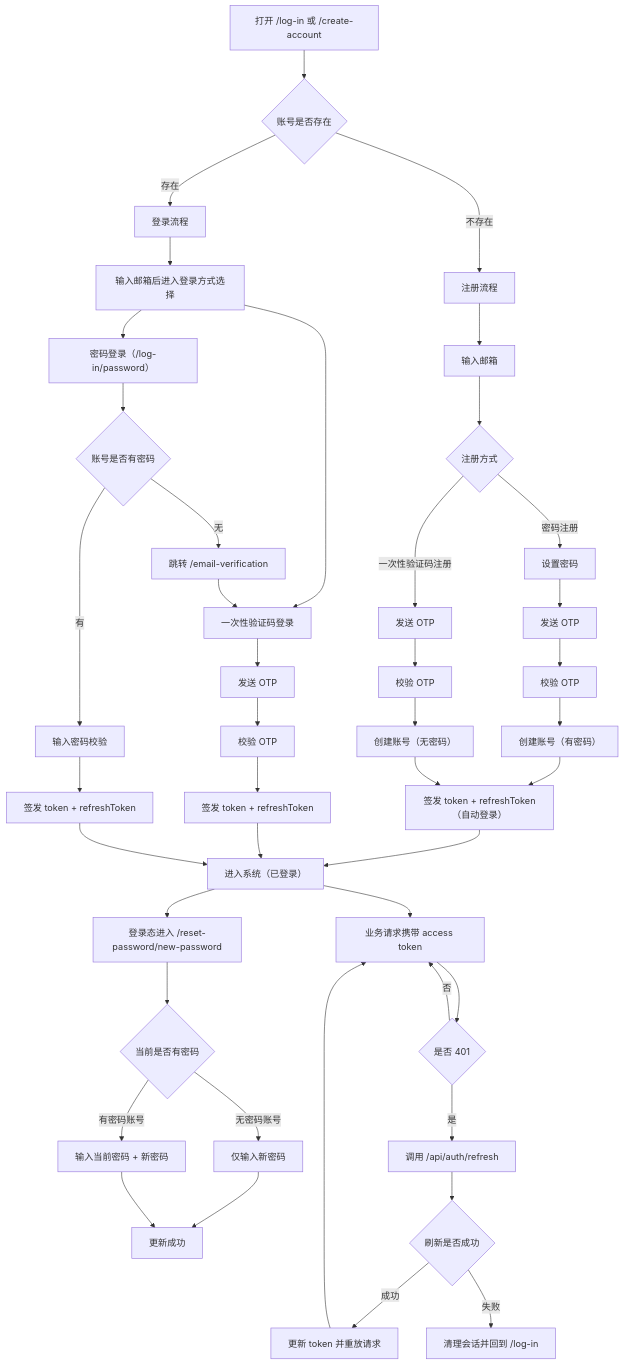
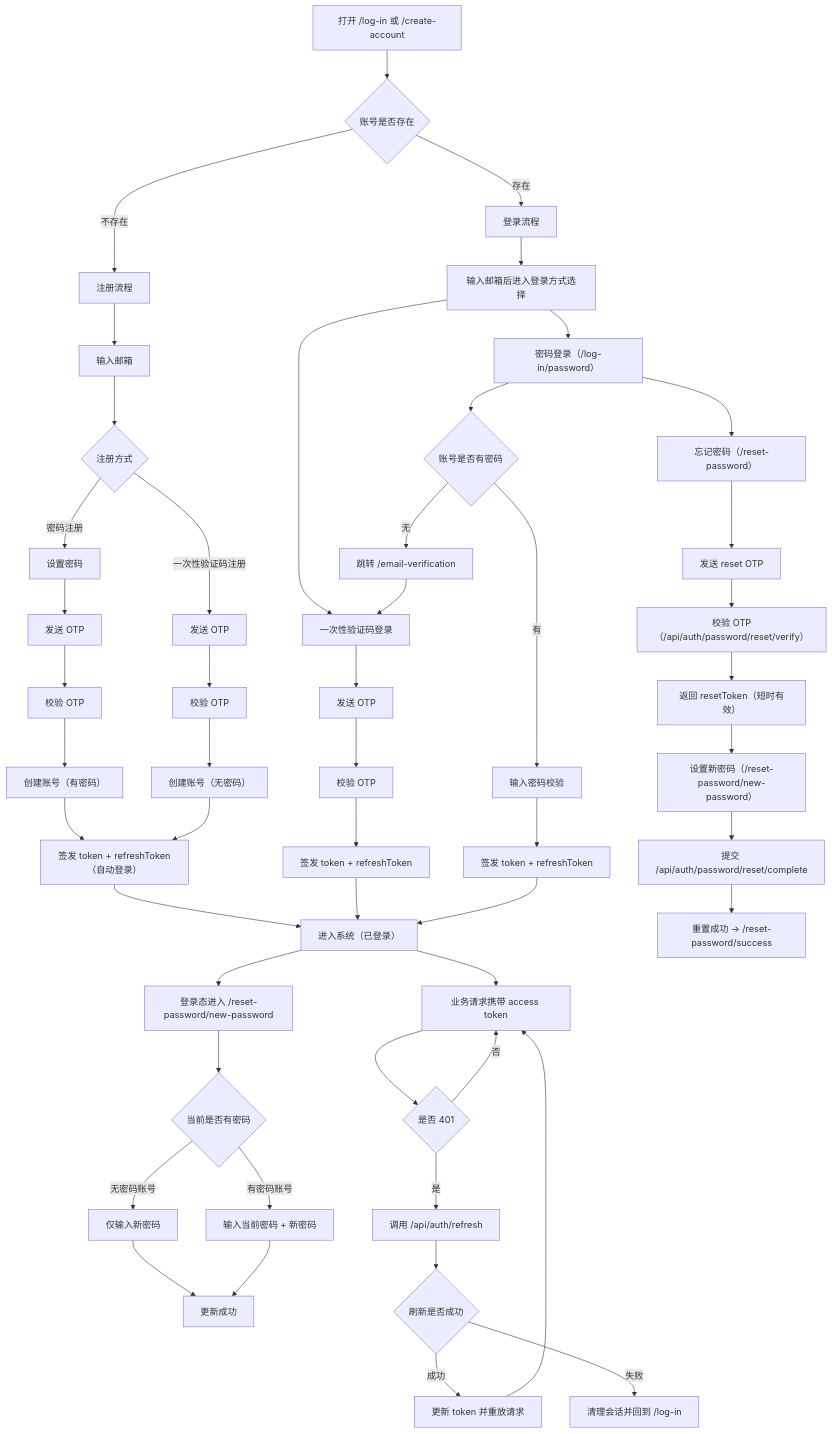
One commit to jacl-coder/OneBook-AI changed the diagram in docs/backend/auth_account_flow.md. Above: the diagram before and after it, drawn with Mermaid. The commit also changed other lines of this file and 11 other files, not shown here.

````diff
--- a/docs/backend/auth_account_flow.md
+++ b/docs/backend/auth_account_flow.md
@@ -28,54 +32,62 @@
 ```mermaid
 flowchart TD
   A["打开 /log-in 或 /create-account"] --> B{"账号是否存在"}
 
   B -->|不存在| R1["注册流程"]
   B -->|存在| L1["登录流程"]
 
   R1 --> R2["输入邮箱"]
   R2 --> R3{"注册方式"}
 
   R3 -->|密码注册| R4["设置密码"]
   R4 --> R5["发送 OTP"]
   R5 --> R6["校验 OTP"]
   R6 --> R7["创建账号（有密码）"]
   R7 --> R8["签发 token + refreshToken（自动登录）"]
   R8 --> HOME["进入系统（已登录）"]
 
   R3 -->|一次性验证码注册| R9["发送 OTP"]
   R9 --> R10["校验 OTP"]
   R10 --> R11["创建账号（无密码）"]
   R11 --> R8
 
   L1 --> L2["输入邮箱后进入登录方式选择"]
   L2 --> L3["一次性验证码登录"]
   L2 --> L4["密码登录（/log-in/password）"]
 
   L3 --> L3a["发送 OTP"]
   L3a --> L3b["校验 OTP"]
   L3b --> L3c["签发 token + refreshToken"]
   L3c --> HOME
 
   L4 --> L4a{"账号是否有密码"}
   L4a -->|有| L4b["输入密码校验"]
   L4b --> L4c["签发 token + refreshToken"]
   L4c --> HOME
   L4a -->|无| L4d["跳转 /email-verification"]
   L4d --> L3
 
+  L4 --> F1["忘记密码（/reset-password）"]
+  F1 --> F2["发送 reset OTP"]
+  F2 --> F3["校验 OTP（/api/auth/password/reset/verify）"]
+  F3 --> F4["返回 resetToken（短时有效）"]
+  F4 --> F5["设置新密码（/reset-password/new-password）"]
+  F5 --> F6["提交 /api/auth/password/reset/complete"]
+  F6 --> F7["重置成功 -> /reset-password/success"]
+
   HOME --> P1["登录态进入 /reset-password/new-password"]
   P1 --> P2{"当前是否有密码"}
   P2 -->|无密码账号| P3["仅输入新密码"]
   P2 -->|有密码账号| P4["输入当前密码 + 新密码"]
   P3 --> P5["更新成功"]
   P4 --> P5["更新成功"]
 
   HOME --> T1["业务请求携带 access token"]
   T1 --> T2{"是否 401"}
   T2 -->|否| T1
   T2 -->|是| T3["调用 /api/auth/refresh"]
   T3 --> T4{"刷新是否成功"}
   T4 -->|成功| T5["更新 token 并重放请求"]
   T5 --> T1
   T4 -->|失败| T6["清理会话并回到 /log-in"]
 ```
````
